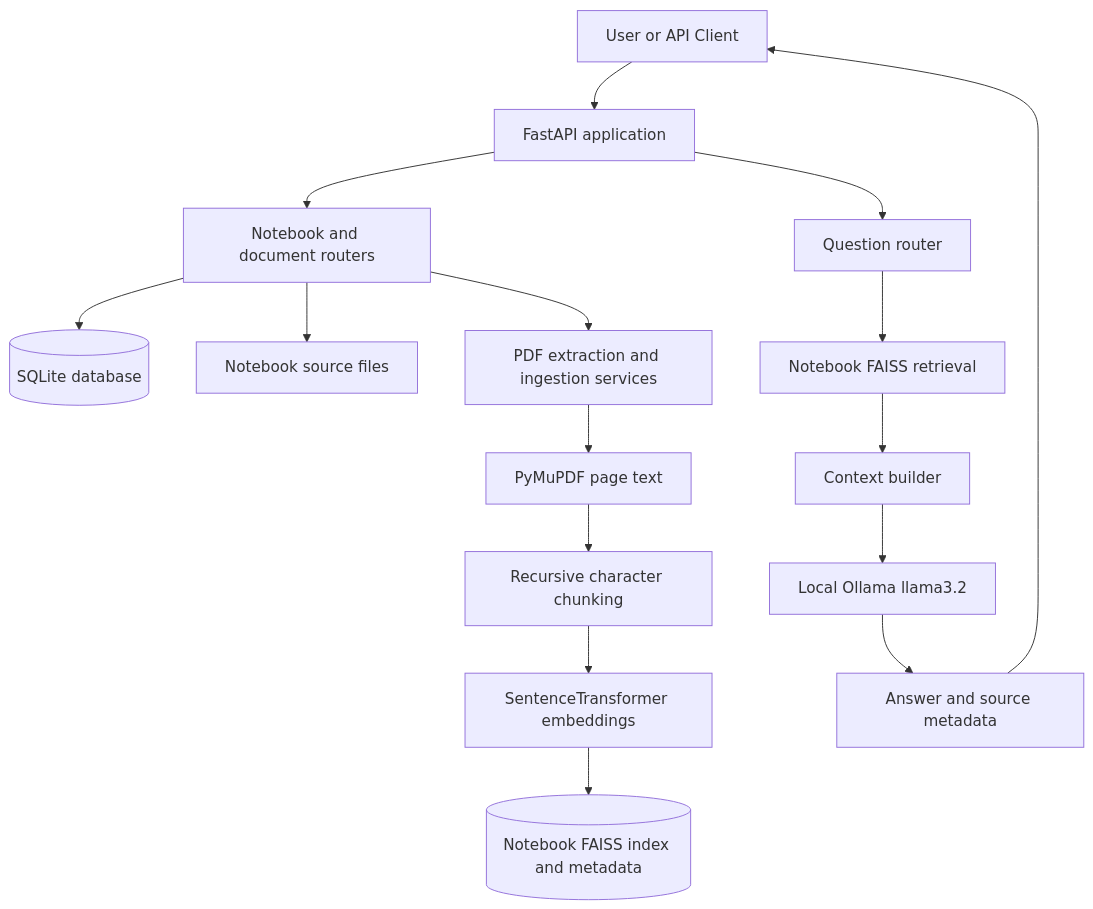
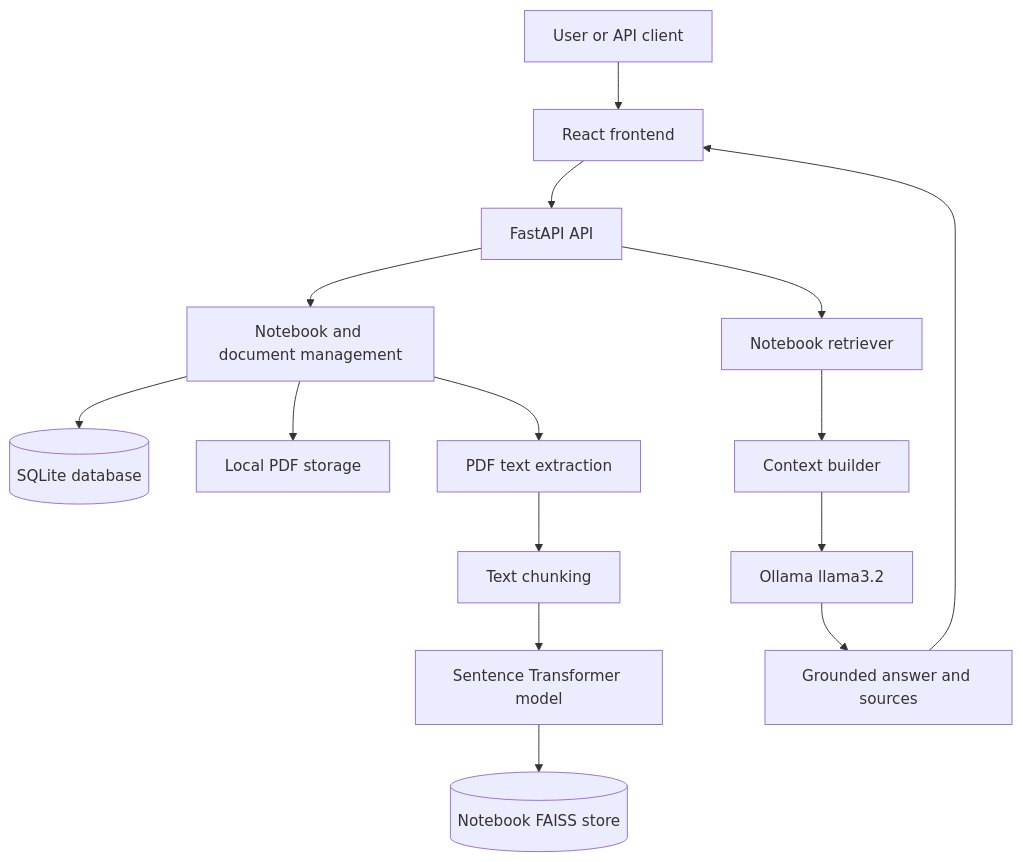
Before and after one commit to NAITIKK682/ProfessorMindAI: the first of 4 diagrams in README.md, drawn with Mermaid. The commit also changed other lines of this file, not shown here.

````diff
--- a/README.md
+++ b/README.md
@@ -86,18 +72,17 @@
 ```mermaid
 flowchart TD
-	U[User or API Client] --> F[FastAPI application]
-	F --> N[Notebook and document routers]
-	N --> DB[(SQLite database)]
-	N --> FS[Notebook source files]
-	N --> I[PDF extraction and ingestion services]
-	I --> P[PyMuPDF page text]
-	P --> C[Recursive character chunking]
-	C --> E[SentenceTransformer embeddings]
-	E --> V[(Notebook FAISS index and metadata)]
-	F --> Q[Question router]
-	Q --> R[Notebook FAISS retrieval]
-	R --> X[Context builder]
-	X --> L[Local Ollama llama3.2]
-	L --> A[Answer and source metadata]
-	A --> U
+    User[User or API client] --> Frontend[React frontend]
+    Frontend --> API[FastAPI API]
+    API --> Management[Notebook and document management]
+    Management --> Database[(SQLite database)]
+    Management --> Sources[Local PDF storage]
+    Management --> Extract[PDF text extraction]
+    Extract --> Chunk[Text chunking]
+    Chunk --> Embed[Sentence Transformer model]
+    Embed --> Store[(Notebook FAISS store)]
+    API --> Retrieve[Notebook retriever]
+    Retrieve --> Context[Context builder]
+    Context --> LLM[Ollama llama3.2]
+    LLM --> Answer[Grounded answer and sources]
+    Answer --> Frontend
 ```
````
